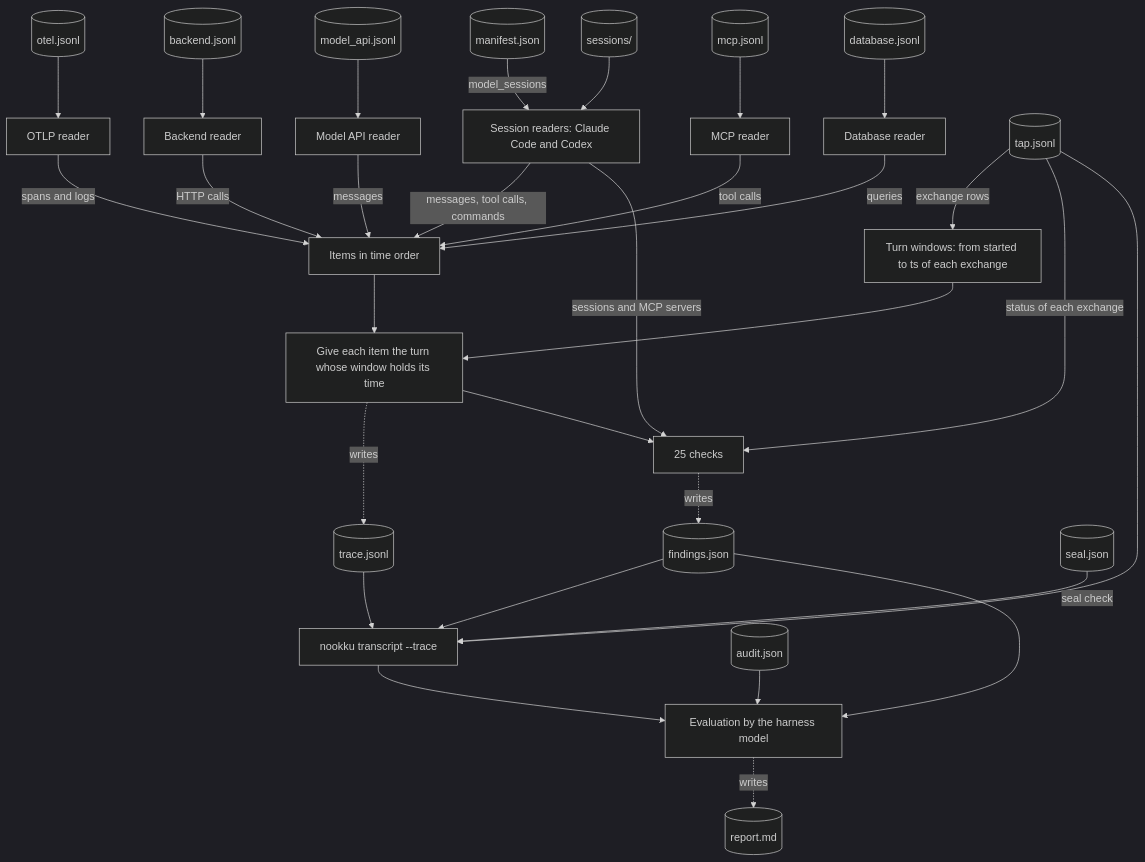
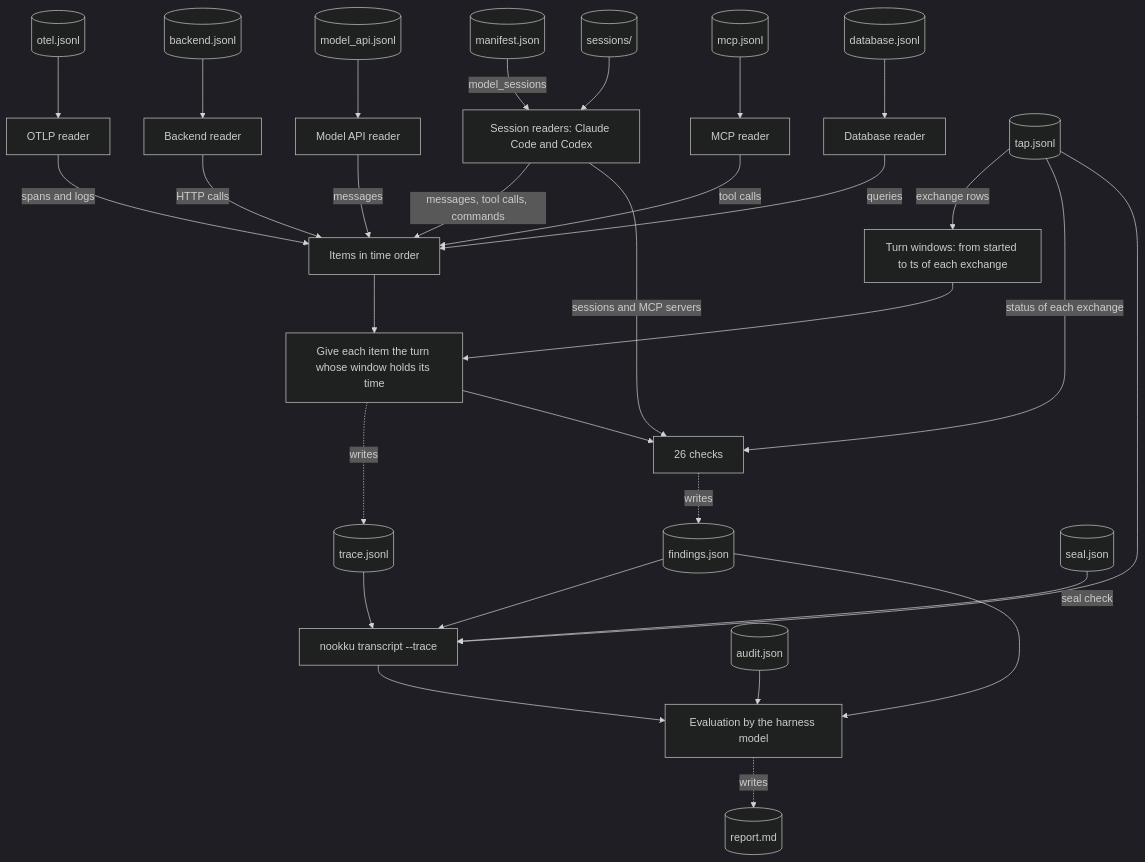
Before and after one commit to mohanraj00/nookku: the fourth of 4 diagrams in docs/architecture.md, drawn with Mermaid (dark theme). The commit also changed other lines of this file and 70 other files, not shown here.

````diff
--- a/docs/architecture.md
+++ b/docs/architecture.md
@@ -213,32 +213,32 @@
 ```mermaid
 flowchart TB
     manifestrec[(manifest.json)] -->|model_sessions| sreaders[Session readers: Claude Code and Codex]
     sessions[(sessions/)] --> sreaders
     otelrec[(otel.jsonl)] --> oreader[OTLP reader]
     backendrec[(backend.jsonl)] --> breader[Backend reader]
     modelrec[(model_api.jsonl)] --> mreader[Model API reader]
     mcprec[(mcp.jsonl)] --> mcpreader[MCP reader]
     dbrec[(database.jsonl)] --> dbreader[Database reader]
     sreaders -->|messages, tool calls, commands| items[Items in time order]
     oreader -->|spans and logs| items
     breader -->|HTTP calls| items
     mreader -->|messages| items
     mcpreader -->|tool calls| items
     dbreader -->|queries| items
     taprec[(tap.jsonl)] -->|exchange rows| windows[Turn windows: from started to ts of each exchange]
     items --> assign[Give each item the turn whose window holds its time]
     windows --> assign
     assign -.->|writes| tracerec[(trace.jsonl)]
-    assign --> checks[25 checks]
+    assign --> checks[26 checks]
     sreaders -->|sessions and MCP servers| checks
     taprec -->|status of each exchange| checks
     checks -.->|writes| findingsrec[(findings.json)]
     taprec --> transcript[nookku transcript --trace]
     tracerec --> transcript
     findingsrec --> transcript
     sealrec[(seal.json)] -->|seal check| transcript
     transcript --> eval[Evaluation by the harness model]
     findingsrec --> eval
     auditrec[(audit.json)] --> eval
     eval -.->|writes| report[(report.md)]
 ```
````
